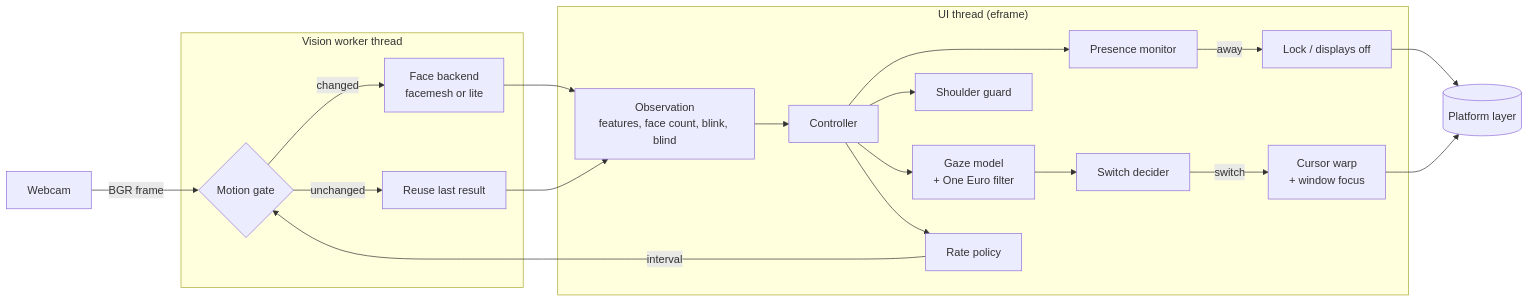
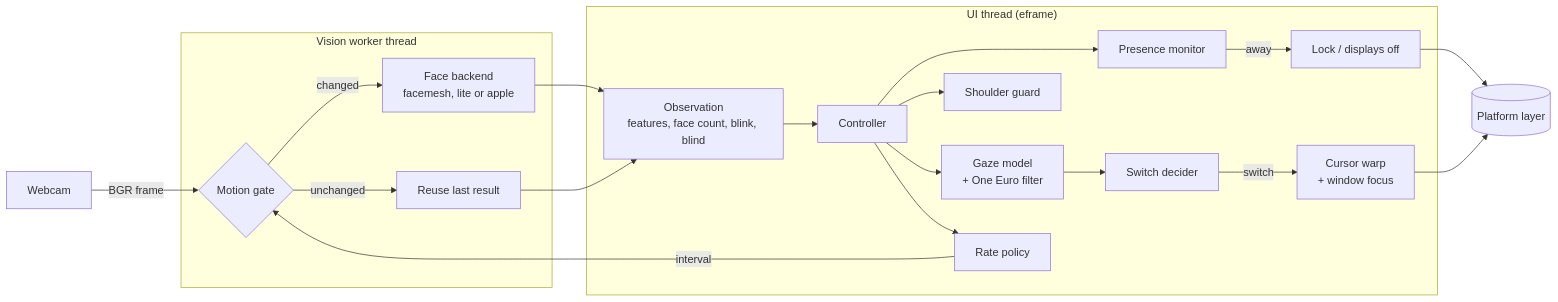
One commit to balcsida/eye-tracker changed the first of 2 diagrams in docs/architecture.md. Above: the diagram before and after it, drawn with Mermaid. The commit also changed other lines of this file and 2 other files, not shown here.

Commit message:
docs: describe the apple vision backend

````diff
--- a/docs/architecture.md
+++ b/docs/architecture.md
@@ -9,22 +9,22 @@
 ```mermaid
 flowchart LR
     CAM[Webcam] -->|BGR frame| GATE{Motion gate}
     subgraph W["Vision worker thread"]
-        GATE -->|changed| BK[Face backend<br/>facemesh or lite]
+        GATE -->|changed| BK[Face backend<br/>facemesh, lite or apple]
         GATE -->|unchanged| COPY[Reuse last result]
     end
     BK --> OBS[Observation<br/>features, face count, blink, blind]
     COPY --> OBS
     subgraph M["UI thread (eframe)"]
         OBS --> CTRL[Controller]
         CTRL --> PRES[Presence monitor]
         CTRL --> GUARD[Shoulder guard]
         CTRL --> MODEL[Gaze model<br/>+ One Euro filter]
         MODEL --> DEC[Switch decider]
         DEC -->|switch| ACT[Cursor warp<br/>+ window focus]
         PRES -->|away| LOCK[Lock / displays off]
         CTRL --> RATE[Rate policy] -->|interval| GATE
     end
     ACT --> OS[(Platform layer)]
     LOCK --> OS
 ```
````
